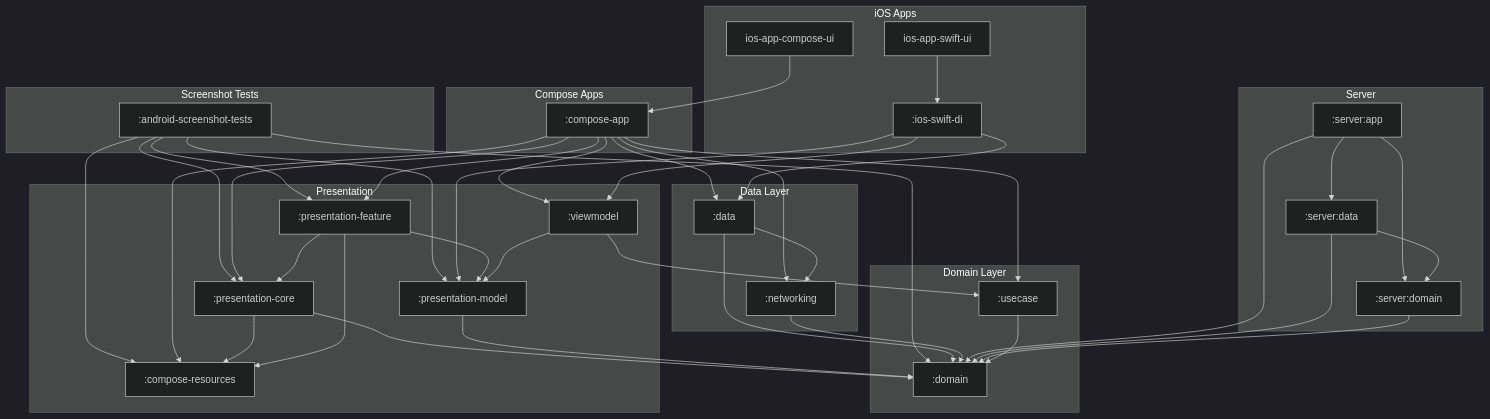
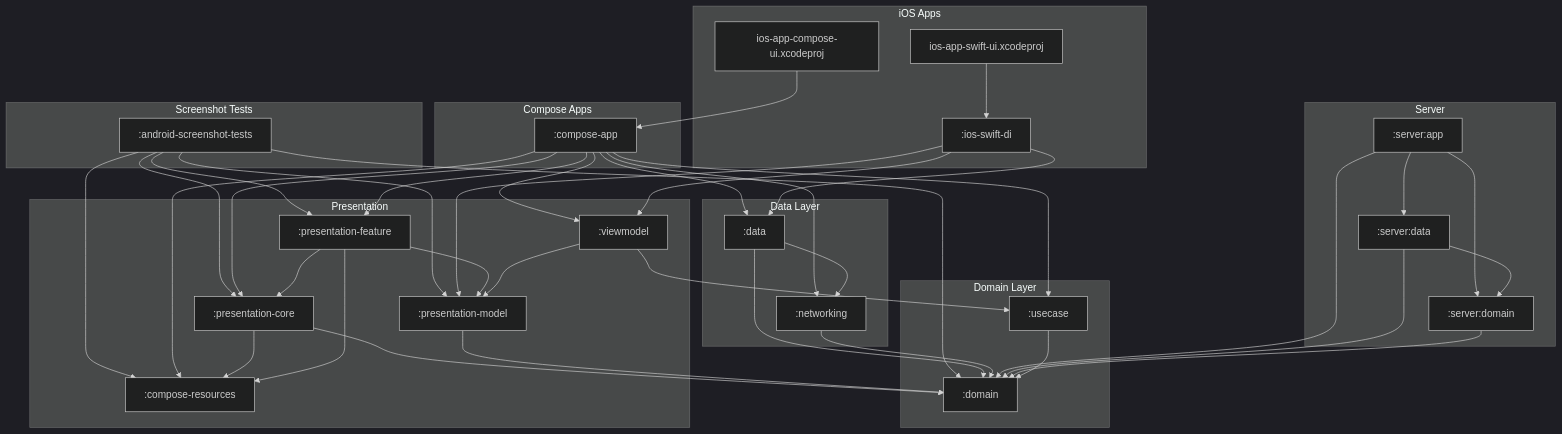
One commit to cartland/battery-butler changed the diagram in docs/diagrams/full_system_structure.mmd. Above: the diagram before and after it, drawn with Mermaid (dark theme). The commit also changed 4 other files, not shown here.

```diff
--- a/docs/diagrams/full_system_structure.mmd
+++ b/docs/diagrams/full_system_structure.mmd
@@ -1,89 +1,89 @@
 graph TD
     subgraph "iOS Apps"
         IosSwiftDi[":ios-swift-di"]
-        IosAppComposeUi["ios-app-compose-ui"]
-        IosAppSwiftUi["ios-app-swift-ui"]
+        IosAppComposeUi.xcodeproj["ios-app-compose-ui.xcodeproj"]
+        IosAppSwiftUi.xcodeproj["ios-app-swift-ui.xcodeproj"]
     end
 
     subgraph "Compose Apps"
         ComposeApp[":compose-app"]
     end
 
     subgraph "Server"
         ServerApp[":server:app"]
         ServerData[":server:data"]
         ServerDomain[":server:domain"]
     end
 
     subgraph "Presentation"
         ComposeResources[":compose-resources"]
         PresentationCore[":presentation-core"]
         PresentationFeature[":presentation-feature"]
         PresentationModel[":presentation-model"]
         Viewmodel[":viewmodel"]
     end
 
     subgraph "Domain Layer"
         Domain[":domain"]
         Usecase[":usecase"]
     end
 
     subgraph "Data Layer"
         Data[":data"]
         Networking[":networking"]
     end
 
     subgraph "Screenshot Tests"
         AndroidScreenshotTests[":android-screenshot-tests"]
     end
 
     %% Dependencies
     AndroidScreenshotTests --> ComposeResources
     AndroidScreenshotTests --> Domain
     AndroidScreenshotTests --> PresentationCore
     AndroidScreenshotTests --> PresentationFeature
     AndroidScreenshotTests --> PresentationModel
 
     ComposeApp --> ComposeResources
     ComposeApp --> Data
     ComposeApp --> Networking
     ComposeApp --> PresentationCore
     ComposeApp --> PresentationFeature
     ComposeApp --> Usecase
     ComposeApp --> Viewmodel
 
     Data --> Domain
     Data --> Networking
 
     IosSwiftDi --> Data
     IosSwiftDi --> PresentationModel
     IosSwiftDi --> Viewmodel
 
     Networking --> Domain
 
     PresentationCore --> ComposeResources
     PresentationCore --> Domain
 
     PresentationFeature --> ComposeResources
     PresentationFeature --> PresentationCore
     PresentationFeature --> PresentationModel
 
     PresentationModel --> Domain
 
     ServerApp --> Domain
     ServerApp --> ServerData
     ServerApp --> ServerDomain
 
     ServerData --> Domain
     ServerData --> ServerDomain
 
     ServerDomain --> Domain
 
     Usecase --> Domain
 
     Viewmodel --> PresentationModel
     Viewmodel --> Usecase
 
-    IosAppComposeUi --> ComposeApp
+    IosAppComposeUi.xcodeproj --> ComposeApp
 
-    IosAppSwiftUi --> IosSwiftDi
+    IosAppSwiftUi.xcodeproj --> IosSwiftDi
```
